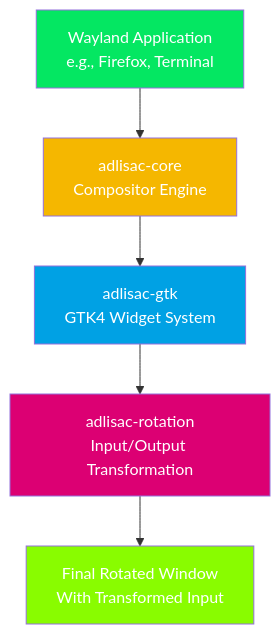
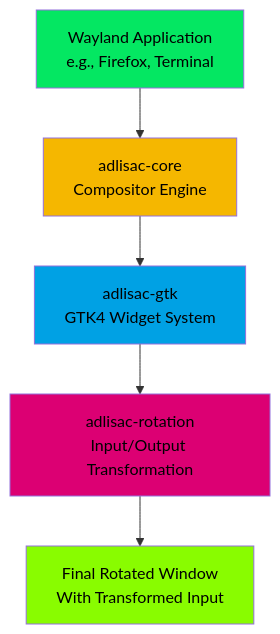
The diagram in README.md (smearor/adlisac), drawn with Mermaid before and after one commit.

Commit message:
Colors are important!

````diff
--- a/README.md
+++ b/README.md
@@ -22,12 +22,12 @@
 ```mermaid
 graph TD
     A[Wayland Application<br/>e.g., Firefox, Terminal] --> B[adlisac-core<br/>Compositor Engine]
     B --> C[adlisac-gtk<br/>GTK4 Widget System]
     C --> D[adlisac-rotation<br/>Input/Output Transformation]
     D --> E[Final Rotated Window<br/>With Transformed Input]
-    style A fill: #04e762,color:#ffffff
-    style B fill: #f5b700,color:#ffffff
-    style C fill: #00a1e4,color:#ffffff
-    style D fill: #dc0073,color:#ffffff
-    style E fill: #89fc00,color:#ffffff
+    style A fill: #04e762,color:#000000
+    style B fill: #f5b700,color:#000000
+    style C fill: #00a1e4,color:#000000
+    style D fill: #dc0073,color:#000000
+    style E fill: #89fc00,color:#000000
 ```
````
